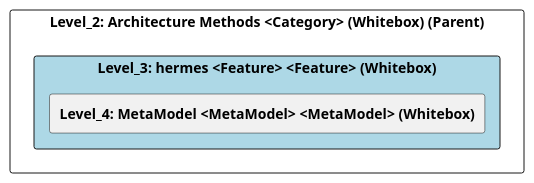
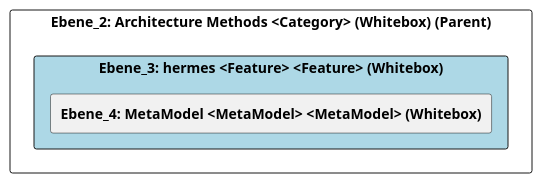
One commit to marcozwyssig/cleon changed the diagram in doc/cleonproject_deliverables_architecture_model_architecture/adoc/de/05_bausteinsicht/cleon/architecture_methods/hermes/ebene_3_hermes.adoc. Above: the diagram before and after it, drawn with PlantUML. The commit also changed other lines of this file and 258 other files, not shown here.

```diff
--- a/doc/cleonproject_deliverables_architecture_model_architecture/adoc/de/05_bausteinsicht/cleon/architecture_methods/hermes/ebene_3_hermes.adoc
+++ b/doc/cleonproject_deliverables_architecture_model_architecture/adoc/de/05_bausteinsicht/cleon/architecture_methods/hermes/ebene_3_hermes.adoc
@@ -24,24 +24,24 @@
-[plantuml, Level_3: hermes <Feature> <Feature> (Whitebox)BlockOverview, format="svg"]
+[plantuml, Ebene_3: hermes <Feature> <Feature> (Whitebox)BlockOverview, format="svg"]
 ----
-@startuml Level_3: hermes <Feature> <Feature> (Whitebox)BuildingBlockOverview
+@startuml Ebene_3: hermes <Feature> <Feature> (Whitebox)BuildingBlockOverview
 
 skinparam ranksep 10
 skinparam componentStyle rectangle
 skinparam shadowing false
 skinparam arrowColor lightblue
 skinparam arrowThickness 1.2
 skinparam rectangle {
   BackgroundColor White
   BorderColor #333
   RoundCorner 10
 }
 top to bottom direction
 
-component "Level_2: Architecture Methods <Category> (Whitebox) (Parent)" {
-    component "Level_3: hermes <Feature> <Feature> (Whitebox)" #lightblue {
-        [**Level_4: MetaModel <MetaModel> <MetaModel> (Whitebox)**] as 6BD431AC_DCBE_11EF_87B5_5327CB6D0EC7
+component "Ebene_2: Architecture Methods <Category> (Whitebox) (Parent)" {
+    component "Ebene_3: hermes <Feature> <Feature> (Whitebox)" #lightblue {
+        [**Ebene_4: MetaModel <MetaModel> <MetaModel> (Whitebox)**] as 6BD431AC_DCBE_11EF_87B5_5327CB6D0EC7
     }
 }
 
 @enduml
 ----
```
